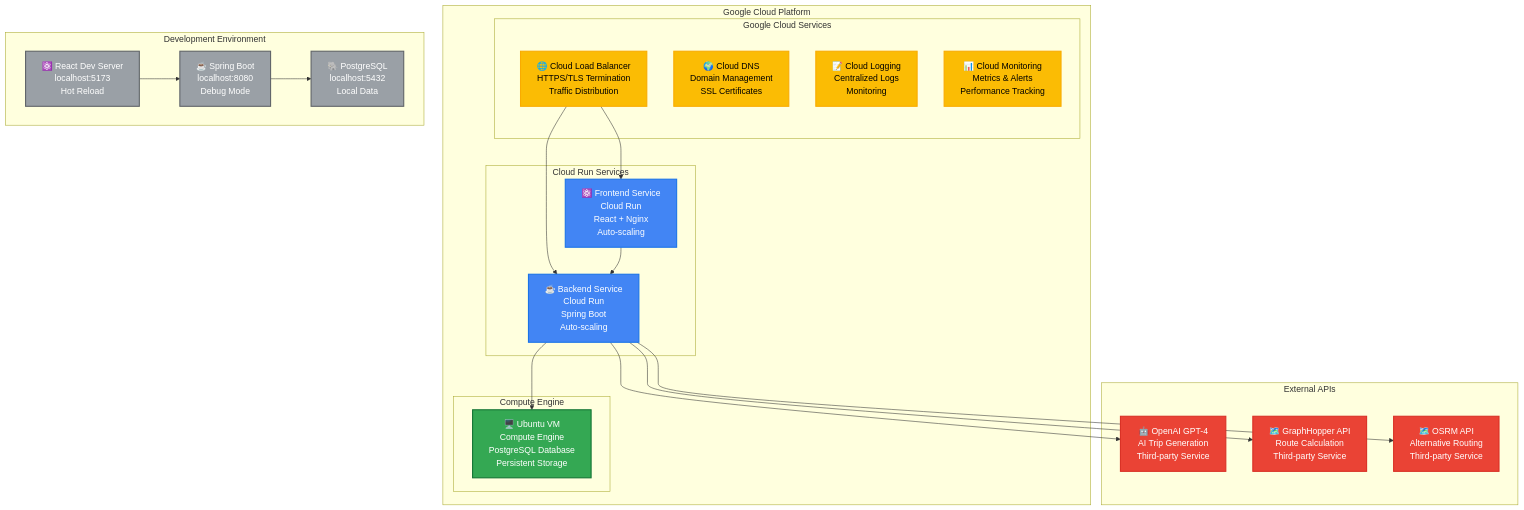
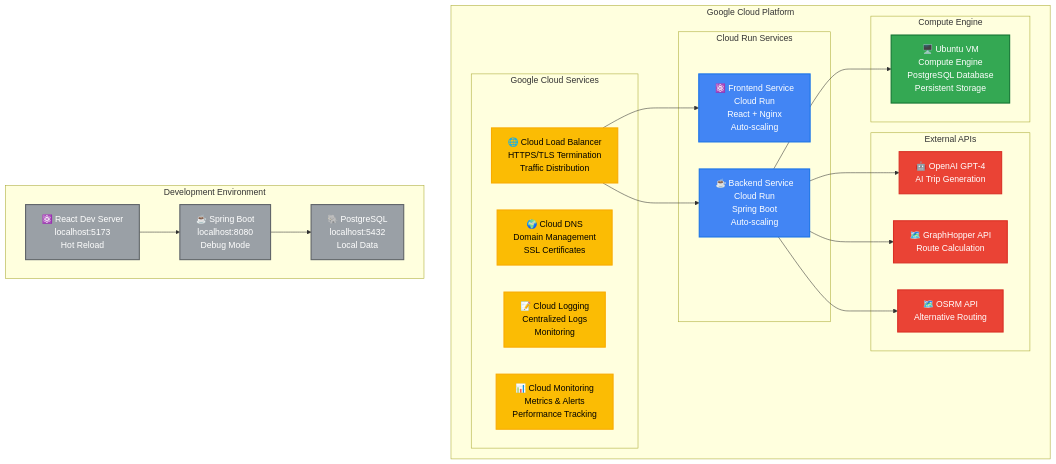
The fifth of 5 diagrams in SYSTEM_DIAGRAM.md (adendl/roadtrip-ai), drawn with Mermaid before and after one commit.

````diff
--- a/SYSTEM_DIAGRAM.md
+++ b/SYSTEM_DIAGRAM.md
@@ -301,58 +301,57 @@
 ```mermaid
 graph TB
     subgraph "Google Cloud Platform"
         subgraph "Cloud Run Services"
             FrontendService["⚛️ Frontend Service<br/>Cloud Run<br/>React + Nginx<br/>Auto-scaling"]
             BackendService["☕ Backend Service<br/>Cloud Run<br/>Spring Boot<br/>Auto-scaling"]
         end
         
         subgraph "Compute Engine"
             UbuntuVM["🖥️ Ubuntu VM<br/>Compute Engine<br/>PostgreSQL Database<br/>Persistent Storage"]
         end
         
+        subgraph "External APIs"
+            OpenAI["🤖 OpenAI GPT-4<br/>AI Trip Generation"]
+            GraphHopper["🗺️ GraphHopper API<br/>Route Calculation"]
+            OSRM["🗺️ OSRM API<br/>Alternative Routing"]
+        end
+        
         subgraph "Google Cloud Services"
             LoadBalancer["🌐 Cloud Load Balancer<br/>HTTPS/TLS Termination<br/>Traffic Distribution"]
             CloudDNS["🌍 Cloud DNS<br/>Domain Management<br/>SSL Certificates"]
             CloudLogging["📝 Cloud Logging<br/>Centralized Logs<br/>Monitoring"]
             CloudMonitoring["📊 Cloud Monitoring<br/>Metrics & Alerts<br/>Performance Tracking"]
         end
-    end
-    
-    subgraph "External APIs"
-        OpenAI["🤖 OpenAI GPT-4<br/>AI Trip Generation<br/>Third-party Service"]
-        GraphHopper["🗺️ GraphHopper API<br/>Route Calculation<br/>Third-party Service"]
-        OSRM["🗺️ OSRM API<br/>Alternative Routing<br/>Third-party Service"]
     end
     
     subgraph "Development Environment"
         DevFrontend["⚛️ React Dev Server<br/>localhost:5173<br/>Hot Reload"]
         DevBackend["☕ Spring Boot<br/>localhost:8080<br/>Debug Mode"]
         DevDatabase["🐘 PostgreSQL<br/>localhost:5432<br/>Local Data"]
     end
     
     %% Production Flow
     LoadBalancer --> FrontendService
     LoadBalancer --> BackendService
-    FrontendService --> BackendService
     BackendService --> UbuntuVM
     BackendService --> OpenAI
     BackendService --> GraphHopper
     BackendService --> OSRM
     
     %% Development Flow
     DevFrontend --> DevBackend
     DevBackend --> DevDatabase
     
     %% Styling
     classDef cloudRun fill:#4285f4,stroke:#1a73e8,stroke-width:2px,color:#fff
     classDef computeEngine fill:#34a853,stroke:#137333,stroke-width:2px,color:#fff
     classDef external fill:#ea4335,stroke:#d93025,stroke-width:2px,color:#fff
     classDef cloudServices fill:#fbbc04,stroke:#f9ab00,stroke-width:2px,color:#000
     classDef development fill:#9aa0a6,stroke:#5f6368,stroke-width:2px,color:#fff
     
     class FrontendService,BackendService cloudRun
     class UbuntuVM computeEngine
     class OpenAI,GraphHopper,OSRM external
     class LoadBalancer,CloudDNS,CloudLogging,CloudMonitoring cloudServices
     class DevFrontend,DevBackend,DevDatabase development
 ```
````
